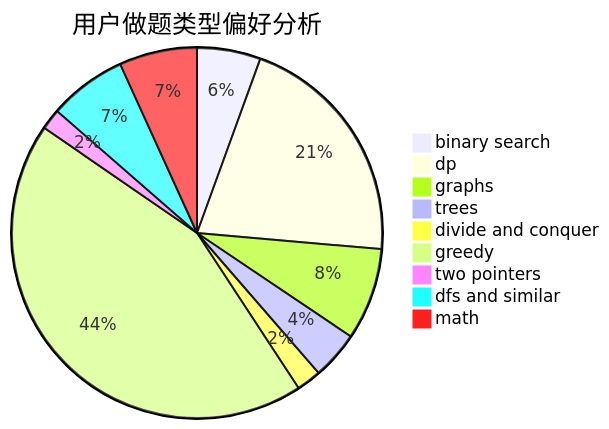
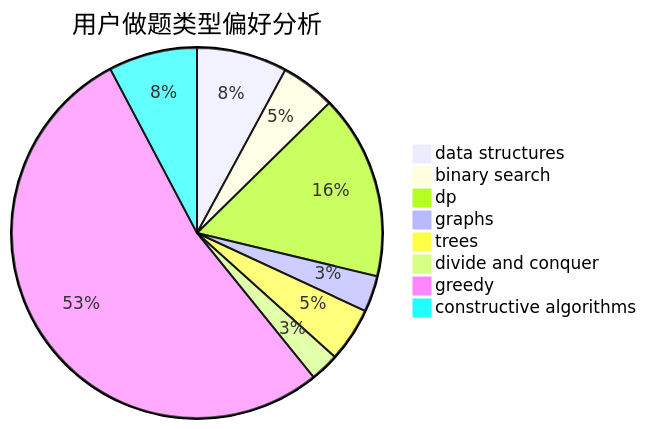
Before and after one commit to sherpahu/cfrs.github.io: the second of 3 diagrams in docs/user/u596.md, drawn with Mermaid. The commit also changed other lines of this file and 2775 other files, not shown here.

````diff
--- a/docs/user/u596.md
+++ b/docs/user/u596.md
@@ -23,12 +23,11 @@
 ```mermaid
 pie title 用户做题类型偏好分析
-    "binary search" :  49
-    "dp" :  184
-    "graphs" :  71
-    "trees" :  37
-    "divide and conquer" :  19
-    "greedy" :  387
-    "two pointers" :  16
-    "dfs and similar" :  60
-    "math" :  60
+    "data structures" :  50
+    "binary search" :  30
+    "dp" :  102
+    "graphs" :  20
+    "trees" :  30
+    "divide and conquer" :  16
+    "greedy" :  336
+    "constructive algorithms" :  49
 ```
````
